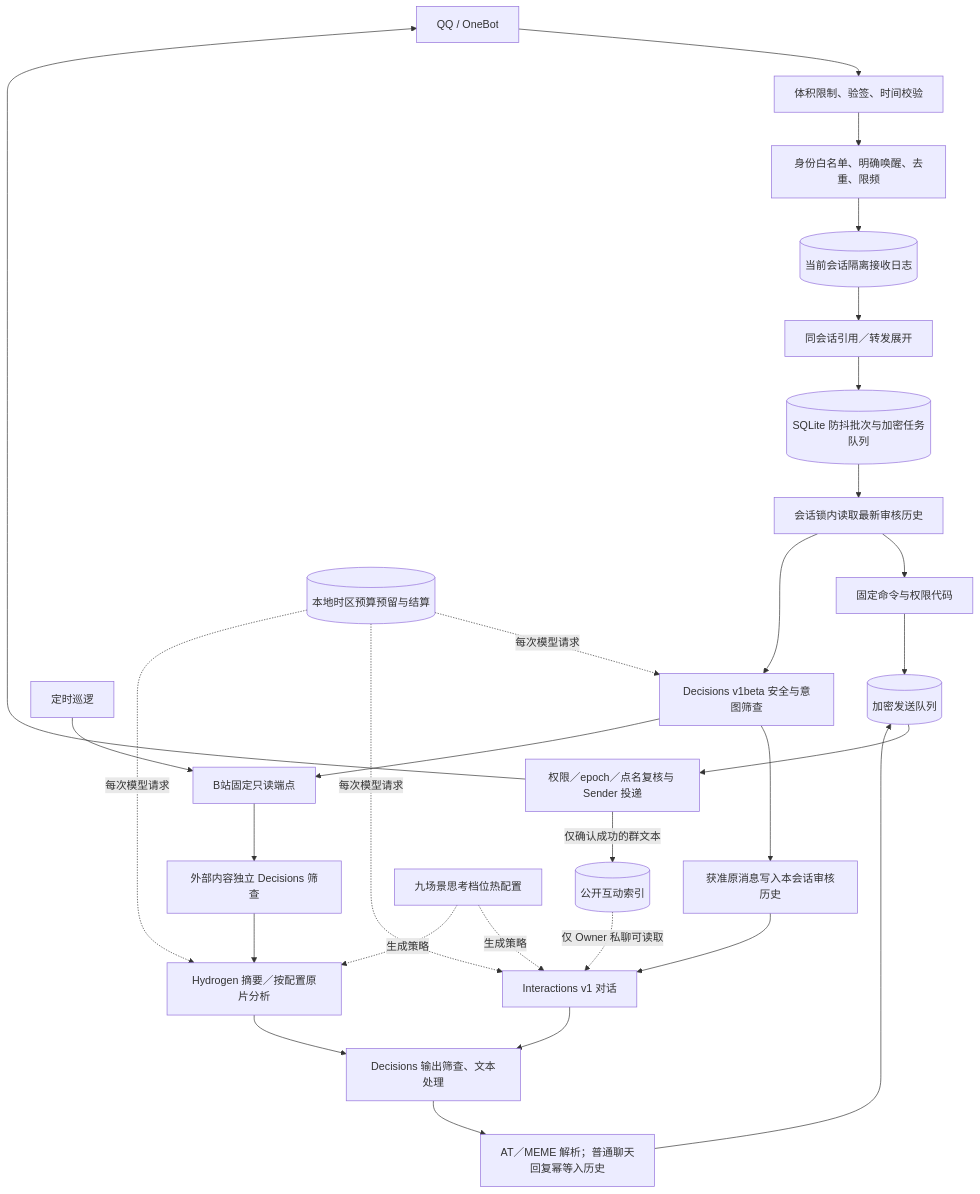
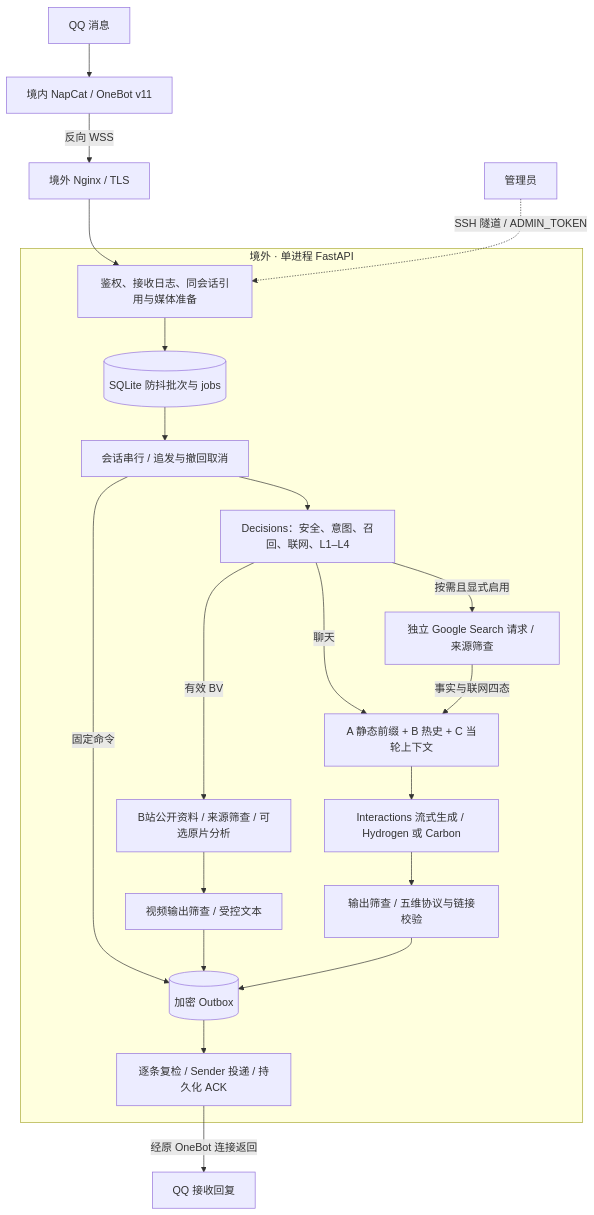
Before and after one commit to FireOpalus/hakimi-surf: the diagram in README.md, drawn with Mermaid. The commit also changed other lines of this file and 1 other file, not shown here.

Commit message:
Rebuild architecture diagrams for the v1.1.3 message pipeline

````diff
--- a/README.md
+++ b/README.md
@@ -148,31 +148,27 @@
 ```mermaid
 flowchart TD
-  QQ[QQ / OneBot] --> Verify[体积限制、验签、时间校验]
-  Verify --> Auth[身份白名单、明确唤醒、去重、限频]
-  Auth --> Journal[(当前会话隔离接收日志)]
-  Journal --> Expand[同会话引用／转发展开]
-  Expand --> Queue[(SQLite 防抖批次与加密任务队列)]
-  Queue --> Serial[会话锁内读取最新审核历史]
-  Serial --> Command[固定命令与权限代码]
-  Serial --> Gate[Decisions v1beta 安全与意图筛查]
-  Gate --> History[获准原消息写入本会话审核历史]
-  History --> Chat[Interactions v1 对话]
-  Gate --> Read[B站固定只读端点]
-  Timer[定时巡逻] --> Read
-  Read --> SourceGate[外部内容独立 Decisions 筛查]
-  SourceGate --> Summary[Hydrogen 摘要／按配置原片分析]
-  Chat --> OutputGate[Decisions 输出筛查、文本处理]
-  Summary --> OutputGate
-  Command --> Outbox[(加密发送队列)]
-  OutputGate --> Reply[AT／MEME 解析；普通聊天回复幂等入历史]
-  Reply --> Outbox
-  Outbox --> Recheck[权限／epoch／点名复核与 Sender 投递]
-  Recheck --> QQ
-  Recheck -->|仅确认成功的群文本| Public[(公开互动索引)]
-  Public -.仅 Owner 私聊可读取.-> Chat
-  Thinking[九场景思考档位热配置] -.生成策略.-> Chat
-  Thinking -.生成策略.-> Summary
-  Budget[(本地时区预算预留与结算)] -.每次模型请求.-> Gate
-  Budget -.每次模型请求.-> Chat
-  Budget -.每次模型请求.-> Summary
+  QQ[QQ 消息] --> NapCat[境内 NapCat / OneBot v11]
+  NapCat -->|反向 WSS| Nginx[境外 Nginx / TLS]
+  Nginx --> Ingress
+  Admin[管理员] -.SSH 隧道 / ADMIN_TOKEN.-> Ingress
+
+  subgraph Backend[境外 · 单进程 FastAPI]
+    Ingress[鉴权、接收日志、同会话引用与媒体准备]
+    Ingress --> Queue[(SQLite 防抖批次与 jobs)]
+    Queue --> Serial[会话串行 / 追发与撤回取消]
+    Serial -->|固定命令| Outbox
+    Serial --> Gate[Decisions：安全、意图、召回、联网、L1–L4]
+    Gate -->|聊天| Context[A 静态前缀 + B 热史 + C 当轮上下文]
+    Gate -->|按需且显式启用| Search[独立 Google Search 请求 / 来源筛查]
+    Search -->|事实与联网四态| Context
+    Gate -->|有效 BV| Video[B站公开资料 / 来源筛查 / 可选原片分析]
+    Context --> Chat[Interactions 流式生成 / Hydrogen 或 Carbon]
+    Chat --> OutputGate[输出筛查 / 五维协议与链接校验]
+    Video --> VideoOutput[视频输出筛查 / 受控文本]
+    VideoOutput --> Outbox
+    OutputGate --> Outbox[(加密 Outbox)]
+    Outbox --> Delivery[逐条复检 / Sender 投递 / 持久化 ACK]
+  end
+
+  Delivery -->|经原 OneBot 连接返回| Reply[QQ 接收回复]
 ```
````
